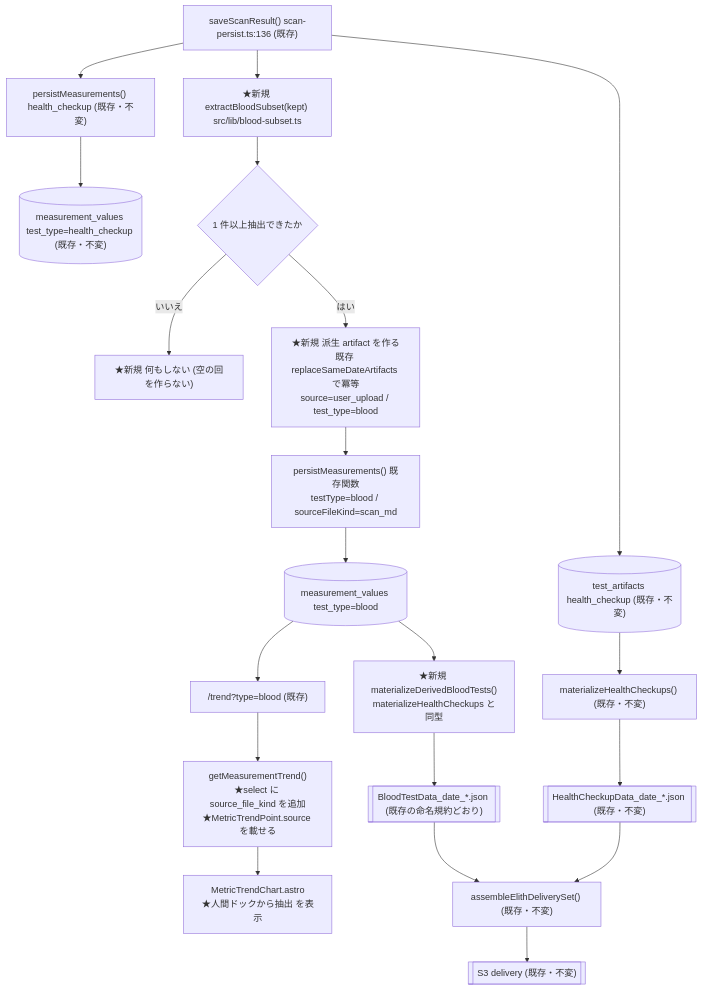
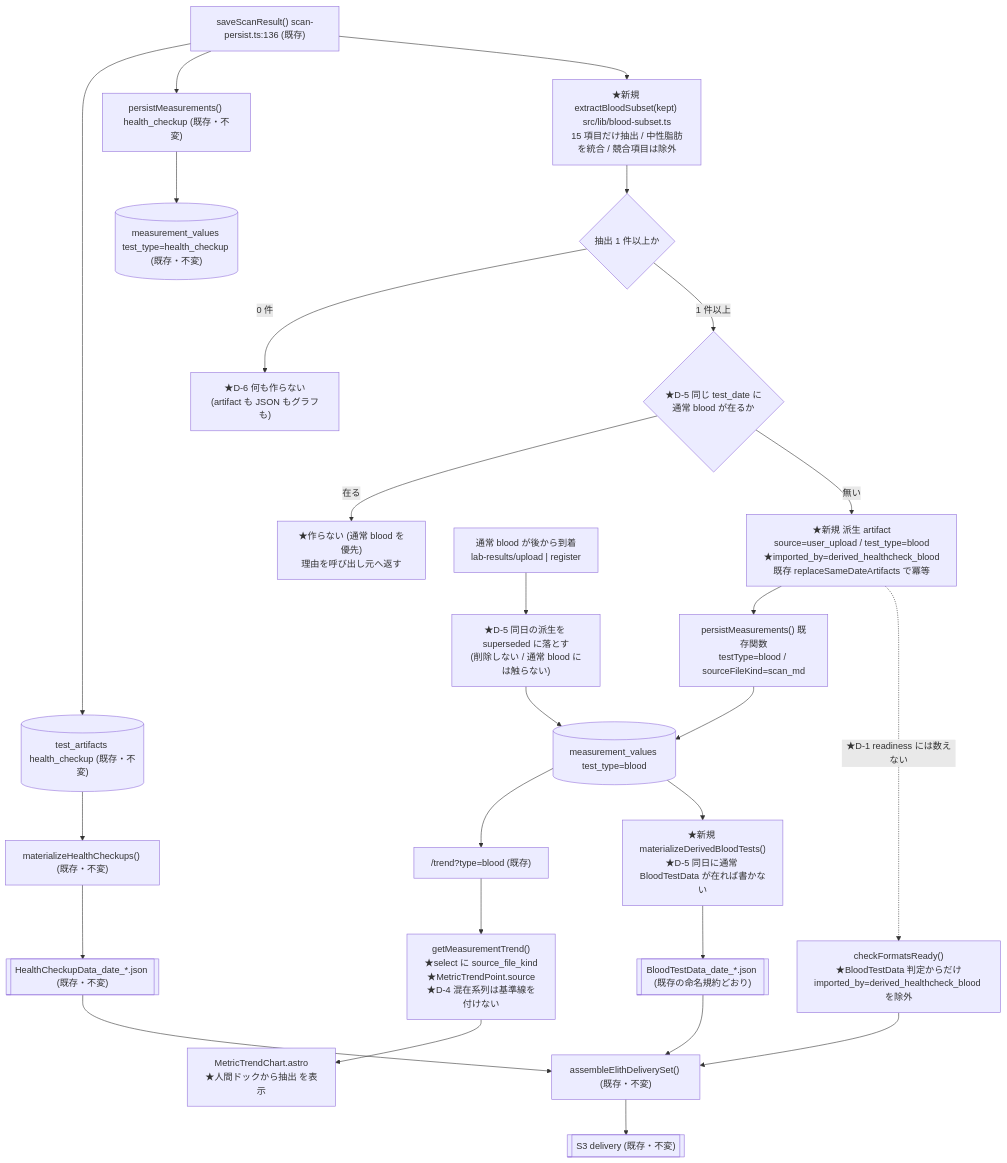
The second of 2 diagrams in docs/specs/healthcheckup_blood_extraction_spec_20261001.md (mirai-gpro/Scan-Chat-AI), drawn with Mermaid before and after one commit. The commit also changed other lines of this file, not shown here.

````diff
--- a/docs/specs/healthcheckup_blood_extraction_spec_20261001.md
+++ b/docs/specs/healthcheckup_blood_extraction_spec_20261001.md
@@ -333,25 +348,33 @@
 ```mermaid
 flowchart TD
   A4["saveScanResult() scan-persist.ts:136 (既存)"] --> A5[("test_artifacts health_checkup (既存・不変)")]
   A4 --> A6["persistMeasurements() health_checkup (既存・不変)"]
   A6 --> A8[("measurement_values test_type=health_checkup (既存・不変)")]
 
-  A4 --> N1["★新規 extractBloodSubset(kept) src/lib/blood-subset.ts"]
-  N1 --> N2{"1 件以上抽出できたか"}
-  N2 -- いいえ --> N3["★新規 何もしない (空の回を作らない)"]
-  N2 -- はい --> N4["★新規 派生 artifact を作る<br/>既存 replaceSameDateArtifacts で冪等<br/>source=user_upload / test_type=blood"]
+  A4 --> N1["★新規 extractBloodSubset(kept) src/lib/blood-subset.ts<br/>15 項目だけ抽出 / 中性脂肪を統合 / 競合項目は除外"]
+  N1 --> N2{"抽出 1 件以上か"}
+  N2 -- 0 件 --> N3["★D-6 何も作らない<br/>(artifact も JSON もグラフも)"]
+  N2 -- 1 件以上 --> N7{"★D-5 同じ test_date に<br/>通常 blood が在るか"}
+  N7 -- 在る --> N8["★作らない (通常 blood を優先)<br/>理由を呼び出し元へ返す"]
+  N7 -- 無い --> N4["★新規 派生 artifact<br/>source=user_upload / test_type=blood<br/>★imported_by=derived_healthcheck_blood<br/>既存 replaceSameDateArtifacts で冪等"]
   N4 --> N5["persistMeasurements() 既存関数<br/>testType=blood / sourceFileKind=scan_md"]
   N5 --> N6[("measurement_values test_type=blood")]
 
   N6 --> G2["/trend?type=blood (既存)"]
-  G2 --> G3["getMeasurementTrend()<br/>★select に source_file_kind を追加<br/>★MetricTrendPoint.source を載せる"]
+  G2 --> G3["getMeasurementTrend()<br/>★select に source_file_kind<br/>★MetricTrendPoint.source<br/>★D-4 混在系列は基準線を付けない"]
   G3 --> G4["MetricTrendChart.astro<br/>★人間ドックから抽出 を表示"]
 
   A5 --> E1["materializeHealthCheckups() (既存・不変)"]
   E1 --> E2[["HealthCheckupData_date_*.json (既存・不変)"]]
-  N6 --> E5["★新規 materializeDerivedBloodTests()<br/>materializeHealthCheckups と同型"]
+  N6 --> E5["★新規 materializeDerivedBloodTests()<br/>★D-5 同日に通常 BloodTestData が在れば書かない"]
   E5 --> E6[["BloodTestData_date_*.json (既存の命名規約どおり)"]]
   E2 --> E3["assembleElithDeliverySet() (既存・不変)"]
   E6 --> E3
   E3 --> E4[["S3 delivery (既存・不変)"]]
+
+  N4 -. "★D-1 readiness には数えない" .-> R1["checkFormatsReady()<br/>★BloodTestData 判定からだけ<br/>imported_by=derived_healthcheck_blood を除外"]
+  R1 --> E3
+
+  X1["通常 blood が後から到着<br/>lab-results/upload | register"] --> X2["★D-5 同日の派生を superseded に落とす<br/>(削除しない / 通常 blood には触らない)"]
+  X2 --> N6
 ```
````
